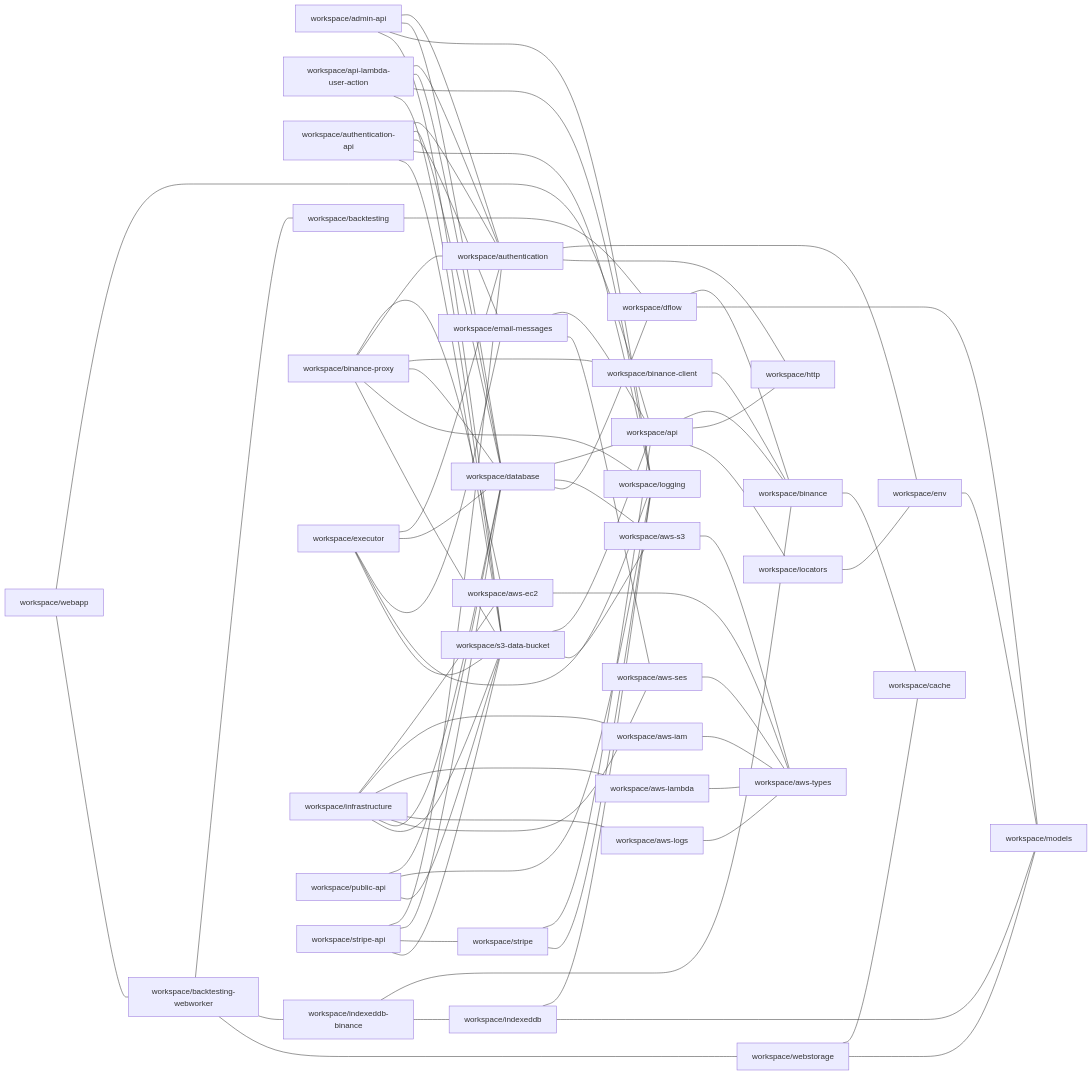
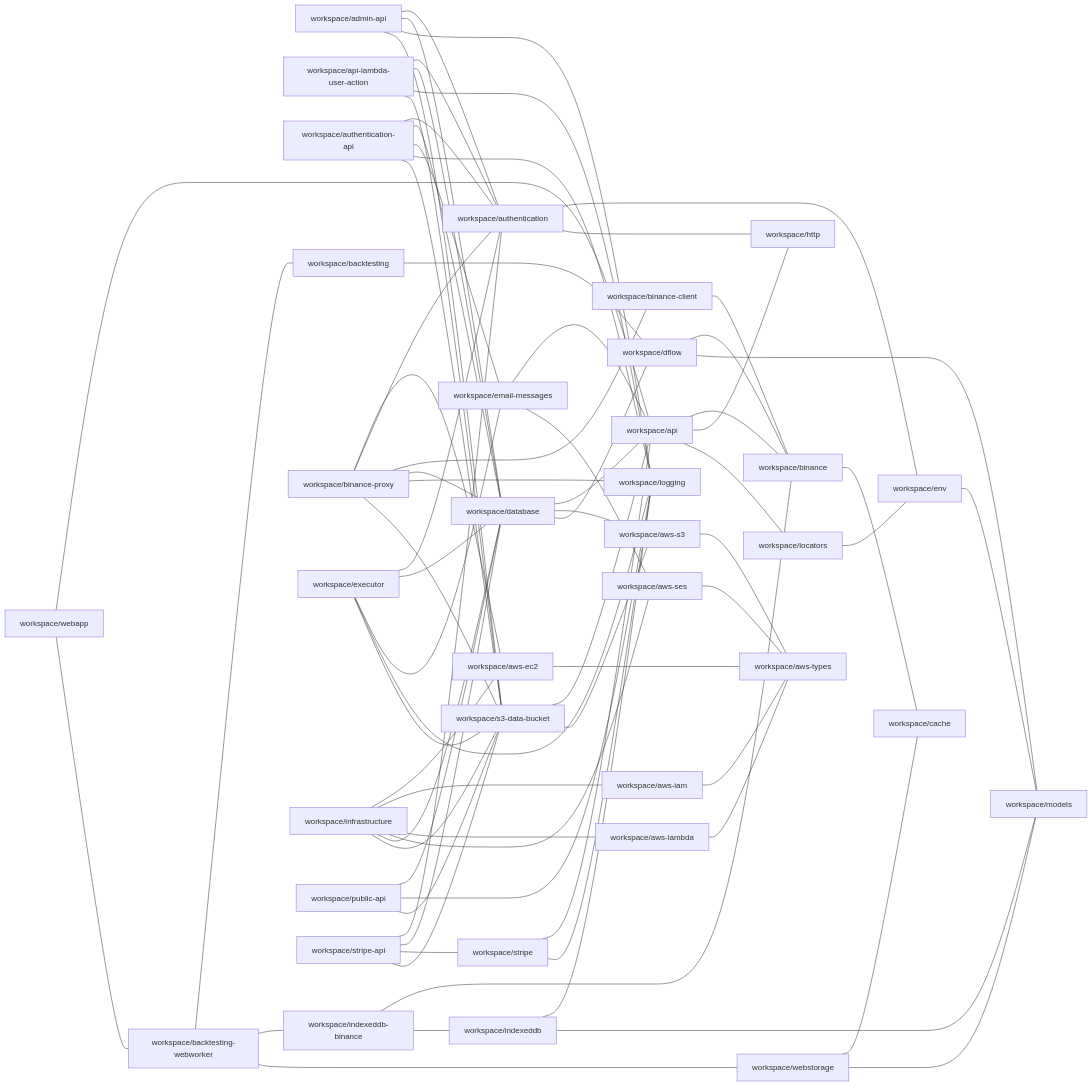
Before and after one commit to ggbot-org/ggbot: the diagram in repository/docs/npm-dependencies.md, drawn with Mermaid. The commit also changed 16 other files, not shown here.

````diff
--- a/repository/docs/npm-dependencies.md
+++ b/repository/docs/npm-dependencies.md
@@ -6,79 +6,77 @@
 ```mermaid
 graph LR
     workspace/admin-api --- workspace/authentication
     workspace/admin-api --- workspace/database
     workspace/admin-api --- workspace/logging
     workspace/admin-api --- workspace/s3-data-bucket
     workspace/api --- workspace/binance
     workspace/api --- workspace/http
     workspace/api --- workspace/locators
     workspace/api-lambda-user-action --- workspace/authentication
     workspace/api-lambda-user-action --- workspace/database
     workspace/api-lambda-user-action --- workspace/logging
     workspace/api-lambda-user-action --- workspace/s3-data-bucket
     workspace/authentication --- workspace/env
     workspace/authentication --- workspace/http
     workspace/authentication-api --- workspace/authentication
     workspace/authentication-api --- workspace/database
     workspace/authentication-api --- workspace/email-messages
     workspace/authentication-api --- workspace/logging
     workspace/authentication-api --- workspace/s3-data-bucket
     workspace/aws-ec2 --- workspace/aws-types
     workspace/aws-iam --- workspace/aws-types
     workspace/aws-lambda --- workspace/aws-types
-    workspace/aws-logs --- workspace/aws-types
     workspace/aws-s3 --- workspace/aws-types
     workspace/aws-ses --- workspace/aws-types
     workspace/backtesting --- workspace/dflow
     workspace/backtesting-webworker --- workspace/backtesting
     workspace/backtesting-webworker --- workspace/indexeddb-binance
     workspace/backtesting-webworker --- workspace/webstorage
     workspace/binance --- workspace/cache
     workspace/binance-client --- workspace/binance
     workspace/binance-proxy --- workspace/aws-ec2
     workspace/binance-proxy --- workspace/authentication
     workspace/binance-proxy --- workspace/binance-client
     workspace/binance-proxy --- workspace/database
     workspace/binance-proxy --- workspace/logging
     workspace/binance-proxy --- workspace/s3-data-bucket
     workspace/database --- workspace/api
     workspace/database --- workspace/aws-s3
     workspace/database --- workspace/dflow
     workspace/dflow --- workspace/binance
     workspace/dflow --- workspace/models
     workspace/email-messages --- workspace/api
     workspace/email-messages --- workspace/aws-ses
     workspace/env --- workspace/models
     workspace/executor --- workspace/authentication
     workspace/executor --- workspace/database
     workspace/executor --- workspace/email-messages
     workspace/executor --- workspace/logging
     workspace/executor --- workspace/s3-data-bucket
     workspace/indexeddb --- workspace/logging
     workspace/indexeddb --- workspace/models
     workspace/indexeddb-binance --- workspace/binance
     workspace/indexeddb-binance --- workspace/indexeddb
     workspace/infrastructure --- workspace/aws-ec2
     workspace/infrastructure --- workspace/aws-iam
     workspace/infrastructure --- workspace/aws-lambda
-    workspace/infrastructure --- workspace/aws-logs
     workspace/infrastructure --- workspace/aws-ses
     workspace/infrastructure --- workspace/database
     workspace/infrastructure --- workspace/s3-data-bucket
     workspace/locators --- workspace/env
     workspace/public-api --- workspace/database
     workspace/public-api --- workspace/logging
     workspace/public-api --- workspace/s3-data-bucket
     workspace/s3-data-bucket --- workspace/api
     workspace/s3-data-bucket --- workspace/aws-s3
     workspace/stripe --- workspace/api
     workspace/stripe --- workspace/logging
     workspace/stripe-api --- workspace/authentication
     workspace/stripe-api --- workspace/database
     workspace/stripe-api --- workspace/stripe
     workspace/stripe-api --- workspace/s3-data-bucket
     workspace/webapp --- workspace/api
     workspace/webapp --- workspace/backtesting-webworker
     workspace/webstorage --- workspace/cache
     workspace/webstorage --- workspace/models
 ```
````
